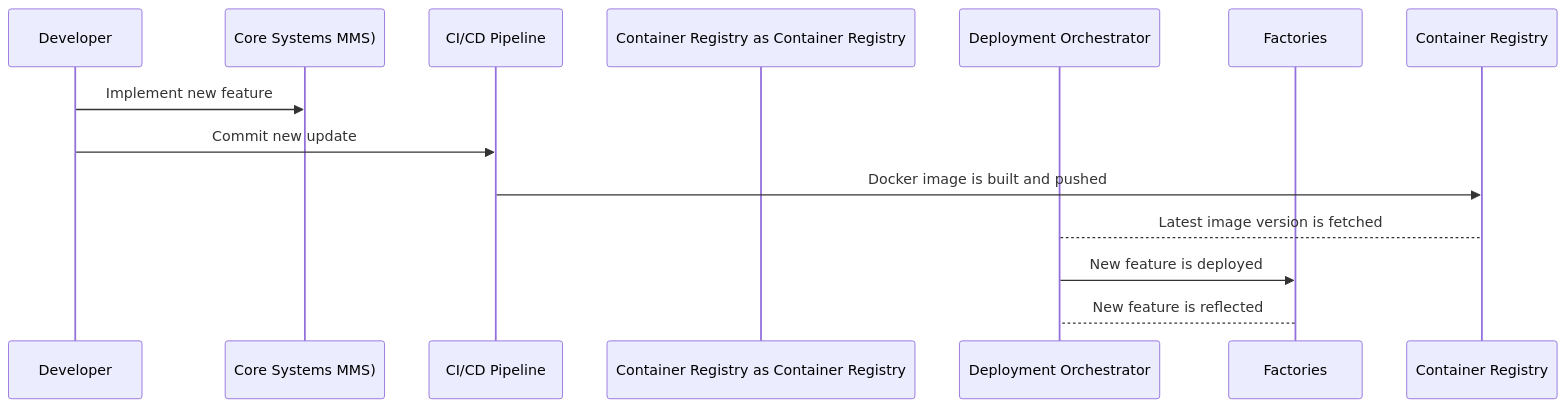
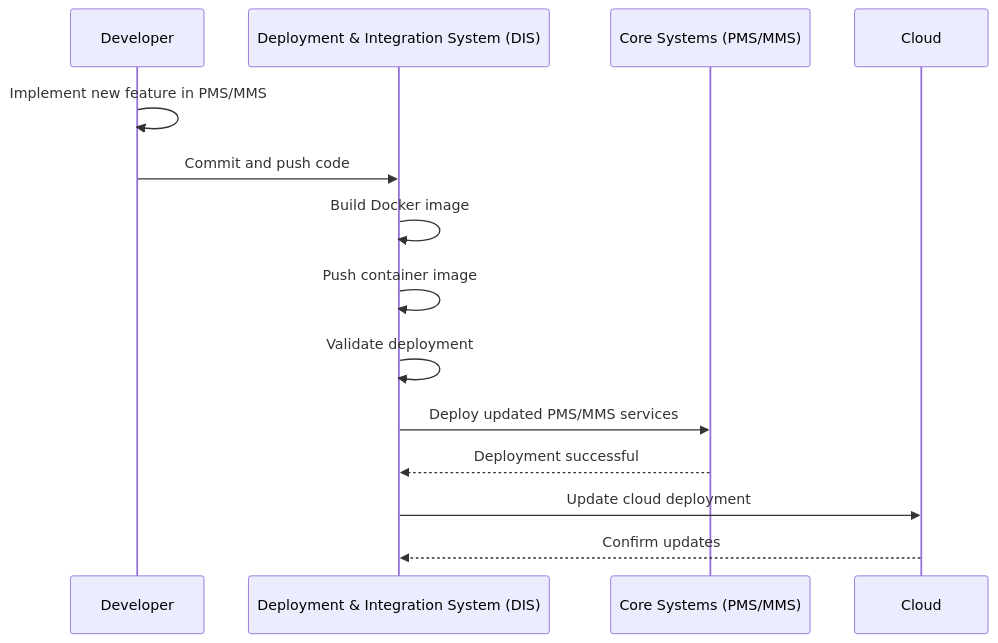
One commit to Kongstad-Dev/AdvancedSoftwareArchG5 changed the diagram in diagrams/DIS-behavior.mmd. Above: the diagram before and after it, drawn with Mermaid.

Commit message:
DIS refine

```diff
--- a/diagrams/DIS-behavior.mmd
+++ b/diagrams/DIS-behavior.mmd
@@ -1,14 +1,15 @@
 sequenceDiagram
 participant Developer
-participant CoreSystems as Core Systems  MMS)
-participant CICD as CI/CD Pipeline
-participant Container Registry as Container Registry
-participant DeploymentOrchestrator as Deployment Orchestrator
-participant Factories
+participant DIS as Deployment & Integration System (DIS)
+participant CoreSystems as Core Systems (PMS/MMS)
+participant Cloud
 
-Developer ->>CoreSystems: Implement new feature
-Developer->>CICD: Commit new update
-CICD->>Container Registry: Docker image is built and pushed
-DeploymentOrchestrator --> Container Registry: Latest image version is fetched
-DeploymentOrchestrator ->> Factories: New feature is deployed
-Factories --> DeploymentOrchestrator: New feature is reflected
+Developer->>Developer: Implement new feature in PMS/MMS
+Developer->>DIS: Commit and push code
+DIS->>DIS: Build Docker image
+DIS->>DIS: Push container image
+DIS->>DIS: Validate deployment
+DIS->>CoreSystems: Deploy updated PMS/MMS services
+CoreSystems-->>DIS: Deployment successful
+DIS->>Cloud: Update cloud deployment
+Cloud-->>DIS: Confirm updates
```
